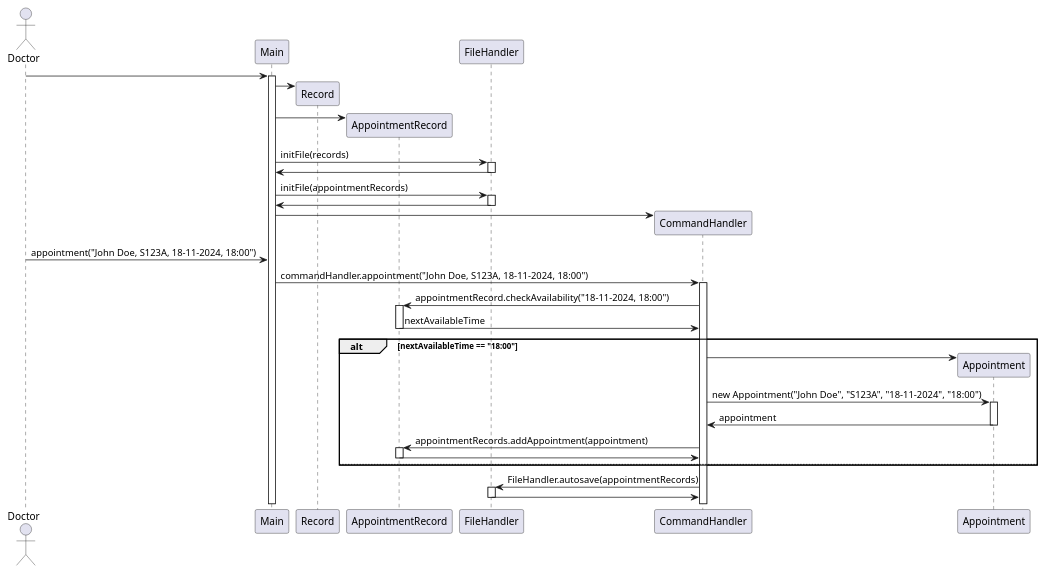
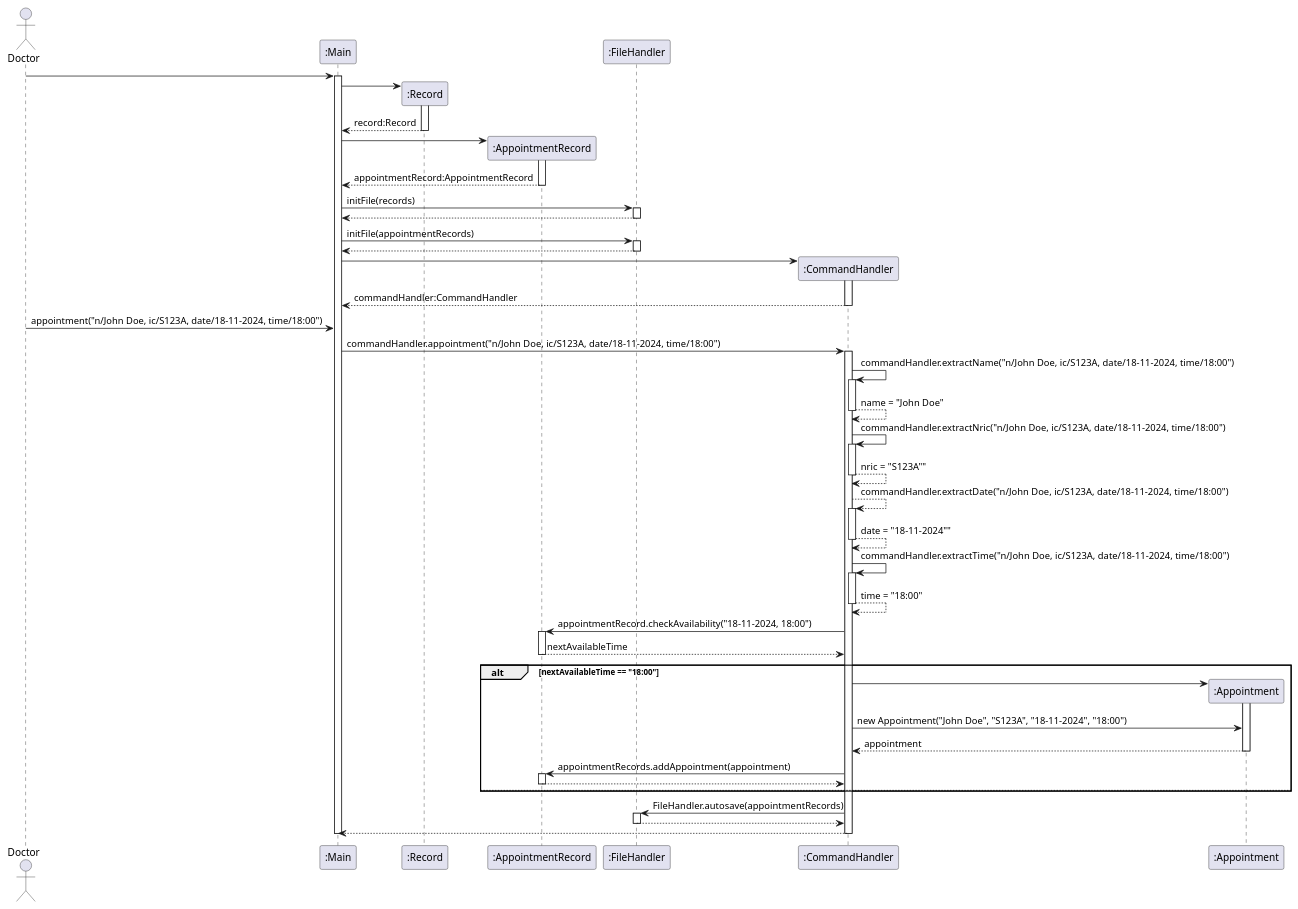
The diagram in docs/NewAppointment.puml (yentheng0110/tp), drawn with PlantUML before and after one commit. The commit also changed 4 other files, not shown here.

```diff
--- a/docs/NewAppointment.puml
+++ b/docs/NewAppointment.puml
@@ -1,29 +1,45 @@
 @startuml
 'https://plantuml.com/sequence-diagram
 
 actor Doctor
-Doctor -> Main ++
-Main -> Record **
-Main -> AppointmentRecord **
-Main -> FileHandler ++ : initFile(records)
-FileHandler -> Main -- :
-Main -> FileHandler ++ : initFile(appointmentRecords)
-FileHandler -> Main -- :
-Main -> CommandHandler ** :
-Doctor -> Main : appointment("John Doe, S123A, 18-11-2024, 18:00")
-Main -> CommandHandler ++: commandHandler.appointment("John Doe, S123A, 18-11-2024, 18:00")
-CommandHandler -> AppointmentRecord ++ : appointmentRecord.checkAvailability("18-11-2024, 18:00")
-AppointmentRecord -> CommandHandler -- : nextAvailableTime
+Doctor -> ":Main" ++
+":Main" -> ":Record" **
+activate ":Record"
+":Record" --> ":Main" -- : record:Record
+":Main" -> ":AppointmentRecord" **
+activate ":AppointmentRecord"
+":AppointmentRecord" --> ":Main" -- : appointmentRecord:AppointmentRecord
+":Main" -> ":FileHandler" ++ : initFile(records)
+":FileHandler" --> ":Main" -- :
+":Main" -> ":FileHandler" ++ : initFile(appointmentRecords)
+":FileHandler" --> ":Main" -- :
+":Main" -> ":CommandHandler" ** :
+activate ":CommandHandler"
+":CommandHandler" --> ":Main" --: commandHandler:CommandHandler
+Doctor -> ":Main" : appointment("n/John Doe, ic/S123A, date/18-11-2024, time/18:00")
+":Main" -> ":CommandHandler" ++: commandHandler.appointment("n/John Doe, ic/S123A, date/18-11-2024, time/18:00")
+":CommandHandler" -> ":CommandHandler" ++: commandHandler.extractName("n/John Doe, ic/S123A, date/18-11-2024, time/18:00")
+":CommandHandler" --> ":CommandHandler" --: name = "John Doe"
+":CommandHandler" -> ":CommandHandler" ++: commandHandler.extractNric("n/John Doe, ic/S123A, date/18-11-2024, time/18:00")
+":CommandHandler" --> ":CommandHandler" --: nric = "S123A""
+":CommandHandler" --> ":CommandHandler" ++: commandHandler.extractDate("n/John Doe, ic/S123A, date/18-11-2024, time/18:00")
+":CommandHandler" --> ":CommandHandler" --: date = "18-11-2024""
+":CommandHandler" -> ":CommandHandler" ++: commandHandler.extractTime("n/John Doe, ic/S123A, date/18-11-2024, time/18:00")
+":CommandHandler" --> ":CommandHandler" --: time = "18:00"
+":CommandHandler" -> ":AppointmentRecord" ++ : appointmentRecord.checkAvailability("18-11-2024, 18:00")
+":AppointmentRecord" --> ":CommandHandler" -- : nextAvailableTime
 group alt [nextAvailableTime == "18:00"]
-    CommandHandler -> Appointment **
-    CommandHandler -> Appointment ++ : new Appointment("John Doe", "S123A", "18-11-2024", "18:00")
-    Appointment -> CommandHandler -- : appointment
+    ":CommandHandler" -> ":Appointment" **
+    activate ":Appointment"
+    ":CommandHandler" -> ":Appointment" : new Appointment("John Doe", "S123A", "18-11-2024", "18:00")
+    ":Appointment" --> ":CommandHandler" -- : appointment
 
-    CommandHandler -> AppointmentRecord ++ : appointmentRecords.addAppointment(appointment)
-    AppointmentRecord -> CommandHandler --
+    ":CommandHandler" -> ":AppointmentRecord" ++ : appointmentRecords.addAppointment(appointment)
+    ":AppointmentRecord" --> ":CommandHandler" --
     else
 end
-CommandHandler -> FileHandler ++ : FileHandler.autosave(appointmentRecords)
-FileHandler -> CommandHandler --
-
+":CommandHandler" -> ":FileHandler" ++ : FileHandler.autosave(appointmentRecords)
+":FileHandler" --> ":CommandHandler" --
+":CommandHandler" --> ":Main" --
+deactivate ":Main"
 @enduml
```
